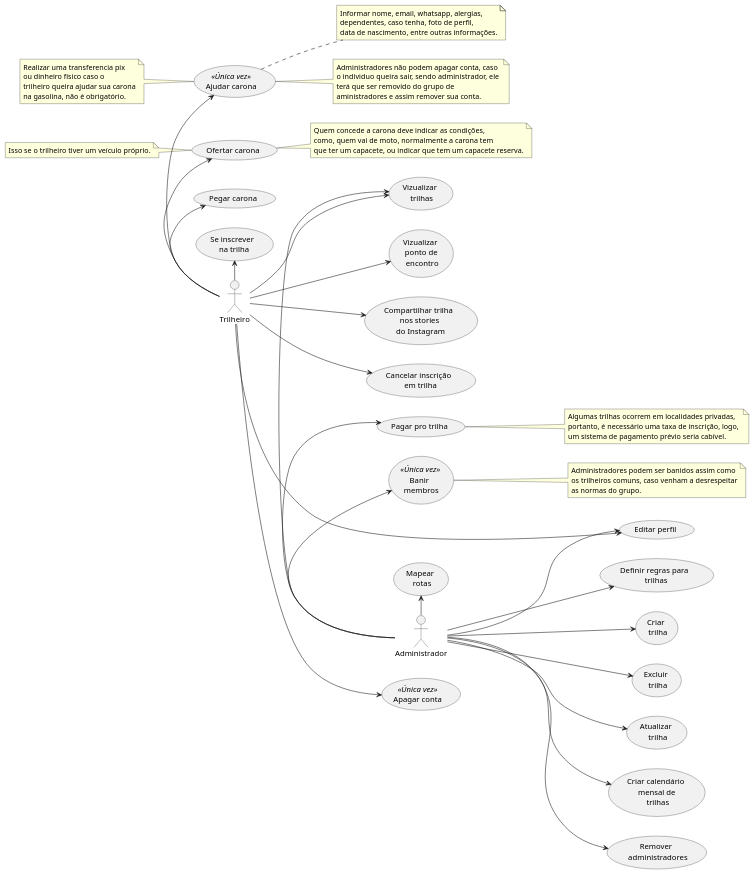
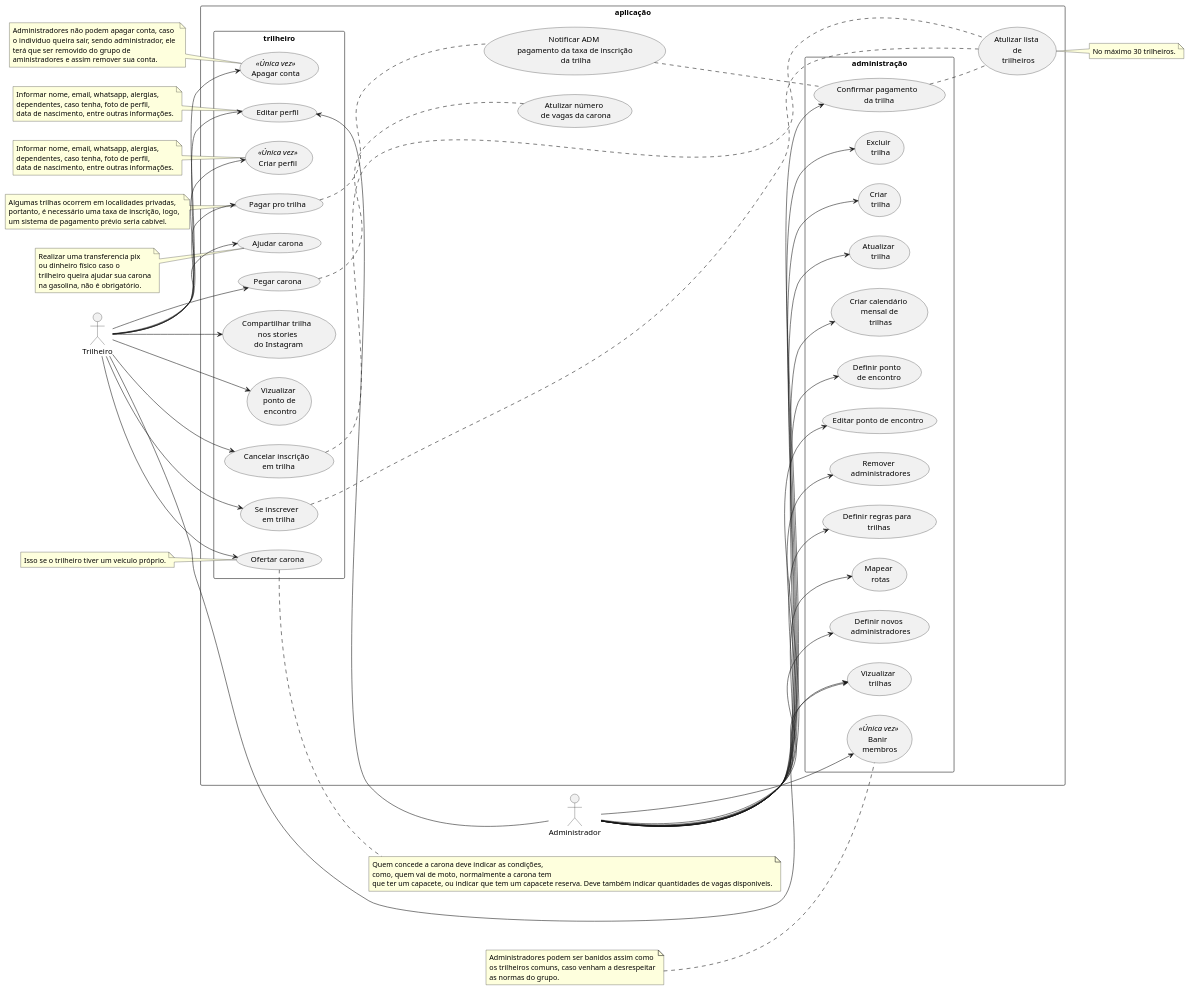
Before and after one commit to tiagors09/pe_na_pedra: the diagram in diagrams/usecase/usecase-1.plantuml, drawn with PlantUML. The commit also changed 1 other file, not shown here.

Commit message:
docs: :memo: Change usecase diagram

```diff
--- a/diagrams/usecase/usecase-1.plantuml
+++ b/diagrams/usecase/usecase-1.plantuml
@@ -1,93 +1,132 @@
 @startuml pe-na-pedra
 left to right direction
 
 :Administrador: as adm
 :Trilheiro: as tr
 
-usecase (Banir \n membros) as uc1 <<Única vez>>
-usecase (Mapear \n rotas) as uc2
-usecase (Vizualizar \n trilhas) as uc3
-usecase (Criar \n trilha) as uc4
-usecase (Excluir \n trilha) as uc5
-usecase (Atualizar \n trilha) as uc6
-usecase (Criar calendário \n mensal de \n trilhas) as uc7
-usecase (Vizualizar \n ponto de \n encontro) as uc8
-usecase (Se inscrever \n na trilha) as uc9
-usecase (Ofertar carona) as uc10
-usecase (Pegar carona) as uc11
-usecase (Criar perfil) <<Única vez>> as uc12
-usecase (Definir novos \n administradores) as uc13
-usecase (Ajudar carona) as uc12
-usecase (Pagar pro trilha) as uc13
-usecase (Compartilhar trilha \n nos stories \n do Instagram) as uc14
-usecase (Cancelar inscrição \n em trilha) as uc15
-usecase (Editar perfil) as uc16
-usecase (Apagar conta) as uc17 <<Única vez>>
-usecase (Remover \n administradores) as uc18
-usecase (Definir regras para \n trilhas) as uc19 
+rectangle aplicação {
+  rectangle administração {
+    usecase (Banir \n membros) as uc1 <<Única vez>>
+    usecase (Mapear \n rotas) as uc2
+    usecase (Excluir \n trilha) as uc5
+    usecase (Vizualizar \n trilhas) as uc3
+    usecase (Criar \n trilha) as uc4
+    usecase (Atualizar \n trilha) as uc6
+    usecase (Criar calendário \n mensal de \n trilhas) as uc7
+    usecase (Definir ponto \n de encontro) as uc22
+    usecase (Confirmar pagamento \n da trilha) as uc23
+    usecase (Definir novos \n administradores) as uc13
+    usecase (Remover \n administradores) as uc18
+    usecase (Definir regras para \n trilhas) as uc19
+    usecase (Editar ponto de encontro) as uc26
+  }
+  
+  rectangle trilheiro {
+    usecase (Vizualizar \n ponto de \n encontro) as uc8
+    usecase (Se inscrever \n em trilha) as uc9
+    usecase (Ofertar carona) as uc10
+    usecase (Pegar carona) as uc11
+    usecase (Criar perfil) <<Única vez>> as uc20
+    usecase (Ajudar carona) as uc12
+    usecase (Compartilhar trilha \n nos stories \n do Instagram) as uc14
+    usecase (Cancelar inscrição \n em trilha) as uc15
+    usecase (Editar perfil) as uc16
+    usecase (Apagar conta) as uc17 <<Única vez>>
+    usecase (Pagar pro trilha) as uc21
+    
+  }
 
-note right of uc1
+  usecase (Atulizar lista \n de \n trilheiros) as uc24
+  usecase (Atulizar número \n de vagas da carona) as uc25
+  usecase (Notificar ADM \n pagamento da taxa de inscrição \n da trilha) as uc27
+
+  uc15 .. uc24
+  uc9 .. uc24
+  uc23 .. uc24
+  uc11 .. uc25
+  uc21 .. uc27
+  uc27 .. uc23
+}
+
+
+note right of uc24
+  No máximo 30 trilheiros.
+end note
+ 
+
+note left of uc1
   Administradores podem ser banidos assim como
   os trilheiros comuns, caso venham a desrespeitar
   as normas do grupo.
 end note
 
-note right of uc12
+note left of uc17
   Administradores não podem apagar conta, caso
   o individuo queira sair, sendo administrador, ele 
   terá que ser removido do grupo de 
   aministradores e assim remover sua conta.
 end note
 
-note right of uc12
+note left of uc16
   Informar nome, email, whatsapp, alergias,
   dependentes, caso tenha, foto de perfil,
   data de nascimento, entre outras informações.
 end note
 
-note right of uc13
+note left of uc20
+  Informar nome, email, whatsapp, alergias,
+  dependentes, caso tenha, foto de perfil,
+  data de nascimento, entre outras informações.
+end note
+
+note left of uc21
   Algumas trilhas ocorrem em localidades privadas,
   portanto, é necessário uma taxa de inscrição, logo, 
   um sistema de pagamento prévio seria cabível.
 end note
 
 note left of uc12
   Realizar uma transferencia pix 
   ou dinheiro físico caso o 
   trilheiro queira ajudar sua carona
   na gasolina, não é obrigatório.
 end note
 
 note right of uc10 
   Quem concede a carona deve indicar as condições,
   como, quem vai de moto, normalmente a carona tem
-  que ter um capacete, ou indicar que tem um capacete reserva.
+  que ter um capacete, ou indicar que tem um capacete reserva. Deve também indicar quantidades de vagas disponiveis.
 end note
 
 note left of uc10 
   Isso se o trilheiro tiver um veículo próprio.
 end note
 
 adm -left-> uc1
 adm -left-> uc2
 adm -left-> uc3
 adm --> uc4
 adm --> uc5
 adm --> uc6
 adm --> uc7
 adm -left-> uc13
 adm --> uc16
 adm --> uc18
 adm --> uc19
+adm --> uc23
+adm --> uc22
+adm --> uc26
 
 tr --> uc3
 tr --> uc8
 tr -left-> uc9
 tr -left-> uc10
 tr -left-> uc11
 tr -left-> uc12
 tr --> uc14
 tr --> uc15
 tr --> uc16
 tr --> uc17
+tr --> uc20
+tr --> uc21
 @enduml
```
